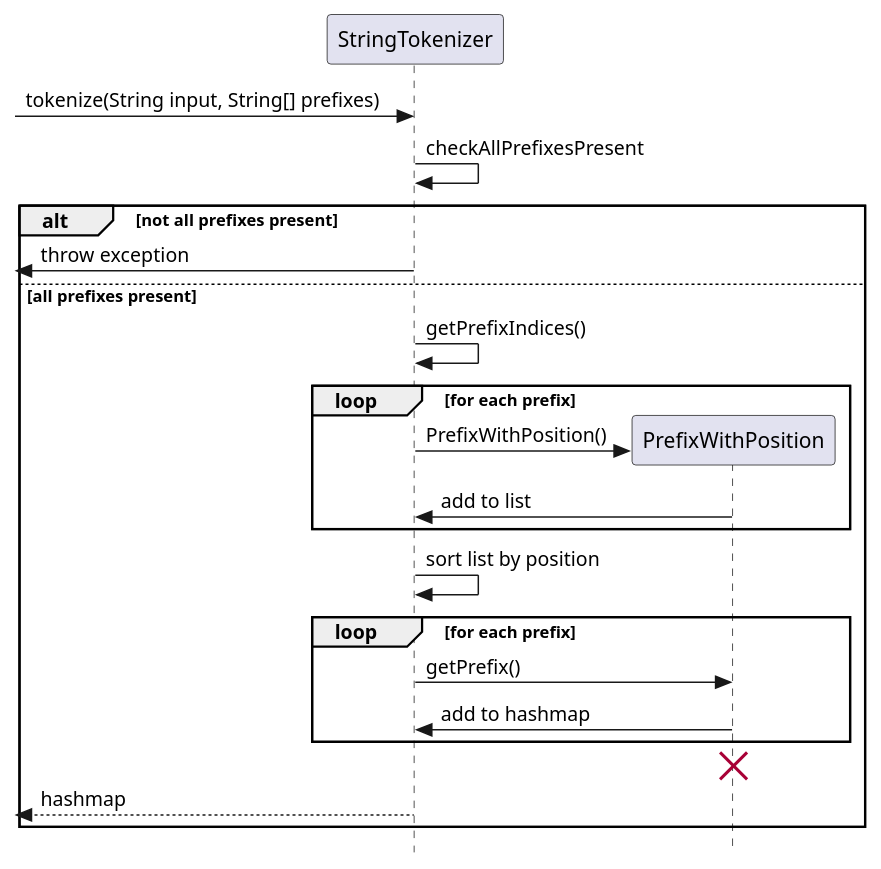
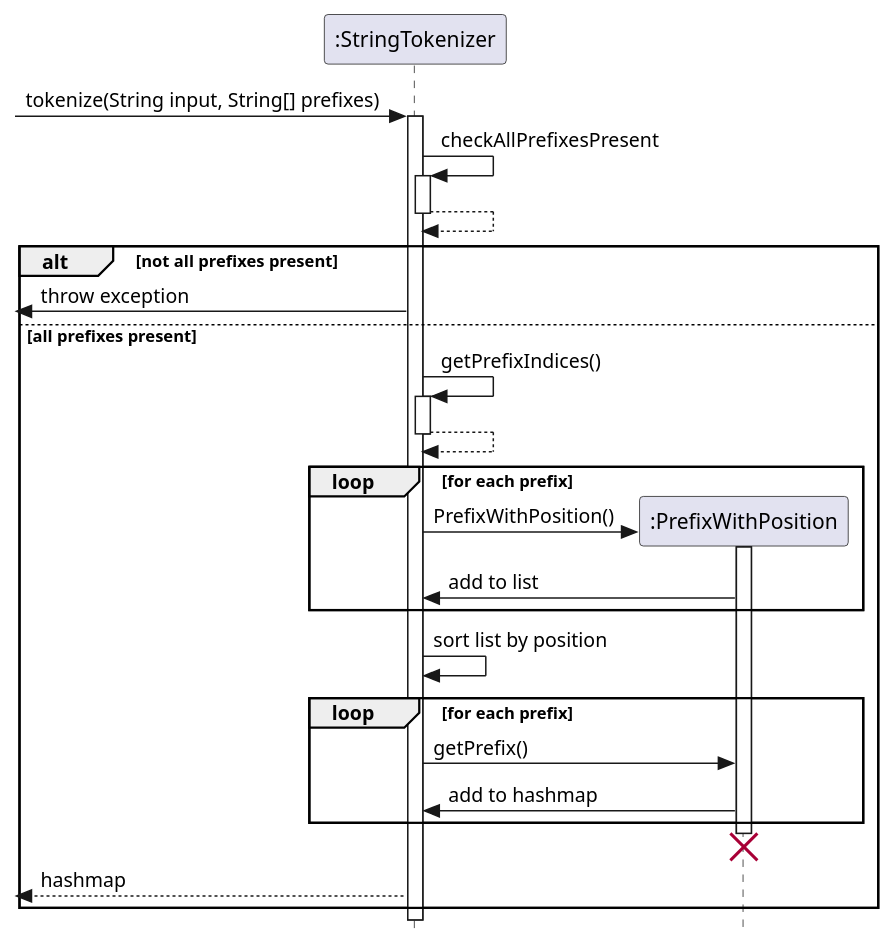
The diagram in docs/uml/stringTokenizer.puml (nus-cs2113-AY2324S1/tp), drawn with PlantUML before and after one commit. The commit also changed 3 other files, not shown here.

```diff
--- a/docs/uml/stringTokenizer.puml
+++ b/docs/uml/stringTokenizer.puml
@@ -1,31 +1,40 @@
 @startuml
 
 skinparam Style strictuml
 
-[-> StringTokenizer: tokenize(String input, String[] prefixes)
+[-> ":StringTokenizer": tokenize(String input, String[] prefixes)
+activate ":StringTokenizer"
 
-StringTokenizer -> StringTokenizer: checkAllPrefixesPresent
+":StringTokenizer" -> ":StringTokenizer": checkAllPrefixesPresent
+activate ":StringTokenizer"
+":StringTokenizer" --> ":StringTokenizer"
+deactivate ":StringTokenizer"
 
 alt not all prefixes present
-    [<- StringTokenizer: throw exception
+    [<- ":StringTokenizer": throw exception
 else all prefixes present
 
-    StringTokenizer -> StringTokenizer: getPrefixIndices()
+    ":StringTokenizer" -> ":StringTokenizer": getPrefixIndices()
+    activate ":StringTokenizer"
+    ":StringTokenizer" --> ":StringTokenizer"
+    deactivate ":StringTokenizer"
+
         loop for each prefix
-            create PrefixWithPosition
-            StringTokenizer -> PrefixWithPosition: PrefixWithPosition()
-            StringTokenizer <- PrefixWithPosition: add to list
+            create ":PrefixWithPosition"
+            ":StringTokenizer" -> ":PrefixWithPosition": PrefixWithPosition()
+            activate ":PrefixWithPosition"
+            ":StringTokenizer" <- ":PrefixWithPosition": add to list
         end
 
-    StringTokenizer -> StringTokenizer: sort list by position
+    ":StringTokenizer" -> ":StringTokenizer": sort list by position
 
         loop for each prefix
-            StringTokenizer -> PrefixWithPosition: getPrefix()
-            StringTokenizer <- PrefixWithPosition: add to hashmap
+            ":StringTokenizer" -> ":PrefixWithPosition": getPrefix()
+            ":StringTokenizer" <- ":PrefixWithPosition": add to hashmap
         end
 
-    destroy PrefixWithPosition
-    [<-- StringTokenizer: hashmap
+    destroy ":PrefixWithPosition"
+    [<-- ":StringTokenizer": hashmap
 end
 
 @enduml
```
